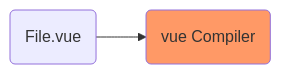
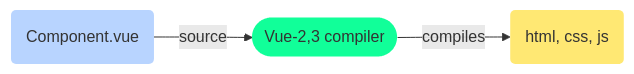
Before and after one commit to avimehenwal/mydocs: the first of 2 diagrams in content/webdevelopment/vue2.md, drawn with Mermaid. The commit also changed other lines of this file and 10 other files, not shown here.

````diff
--- a/content/webdevelopment/vue2.md
+++ b/content/webdevelopment/vue2.md
@@ -25,7 +25,10 @@
 ```mermaid
 graph LR
-A(File.vue) --> B(vue Compiler):::orange
-
-classDef orange fill:#f96;
-classDef purple fill:#f9f,stroke:#333,stroke-width:4px;
+A(Component.vue):::blue
+B([Vue-2,3 compiler]):::green
+C(html, css, js):::yellow
+A -- source --> B -- compiles --> C
+classDef green fill:#1f9,stroke-width:0px;
+classDef yellow fill:#FFE873,stroke-width:0px;
+classDef blue fill:#b8d4ff,stroke-width:0px;
 ```
````
